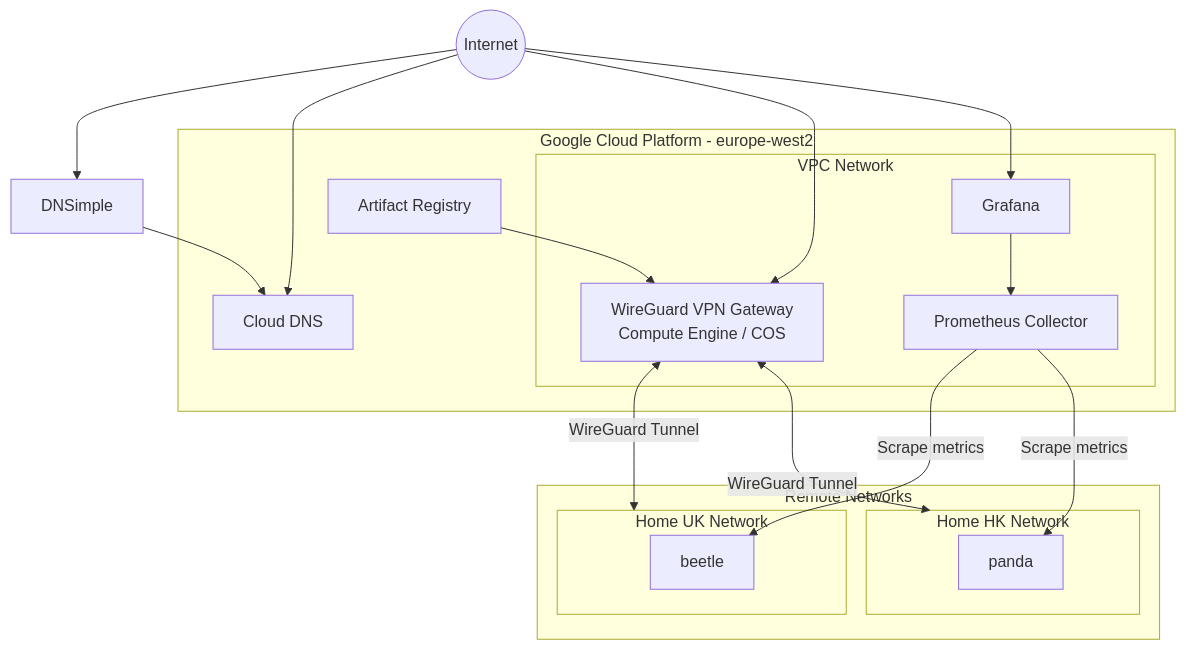
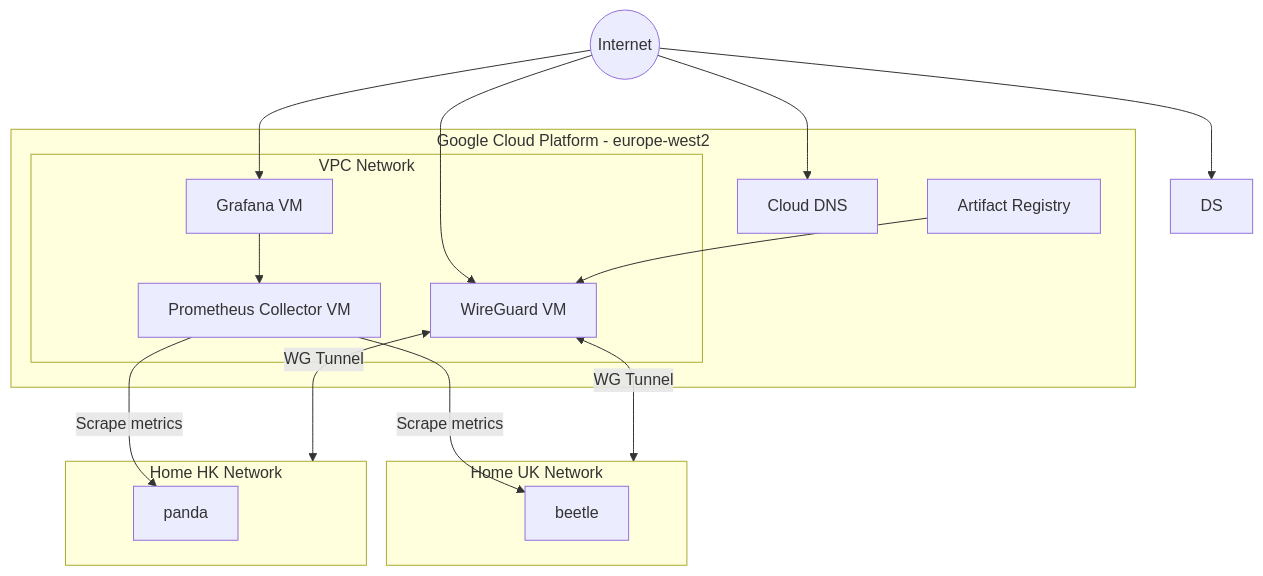
Before and after one commit to adambhwong/my-gcp-project: the diagram in README.md, drawn with Mermaid.

Commit message:
update diagram

````diff
--- a/README.md
+++ b/README.md
@@ -24,35 +24,31 @@
 ```mermaid
 flowchart TB
     Internet((Internet))
-    DS["DNSimple"]
     subgraph GCP["Google Cloud Platform - europe-west2"]
         DNS["Cloud DNS"]
         AR["Artifact Registry"]
         subgraph VPC["VPC Network"]
-            VPN["WireGuard VPN Gateway<br/>Compute Engine / COS"]
-            PROM["Prometheus Collector"]
-            GRAF["Grafana"]
+            VPN["WireGuard VM"]
+            PROM["Prometheus Collector VM"]
+            GRAF["Grafana VM"]
         end
     end
 
-    subgraph Remote["Remote Networks"]
-        subgraph UK["Home UK Network"]
-            UKHOST["beetle"]
-        end
-        subgraph HK["Home HK Network"]
-            HKHOST["panda"]
-        end
+    subgraph UK["Home UK Network"]
+        UKHOST["beetle"]
+    end
+    subgraph HK["Home HK Network"]
+        HKHOST["panda"]
     end
 
     Internet --> DS
-    DS --> DNS
     Internet --> DNS
     Internet --> VPN
     Internet --> GRAF
     AR --> VPN
-    VPN <-->|WireGuard Tunnel| UK
-    VPN <-->|WireGuard Tunnel| HK
+    VPN <-->|WG Tunnel| UK
+    VPN <-->|WG Tunnel| HK
     PROM -->|Scrape metrics| UKHOST
     PROM -->|Scrape metrics| HKHOST
     GRAF --> PROM
 ```
````
